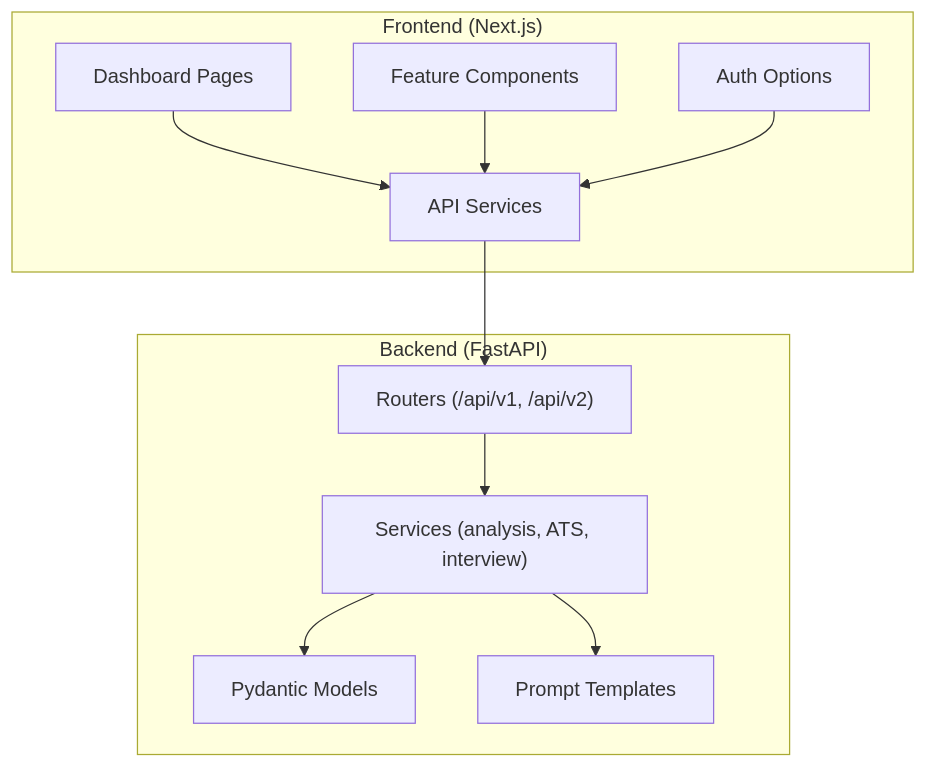
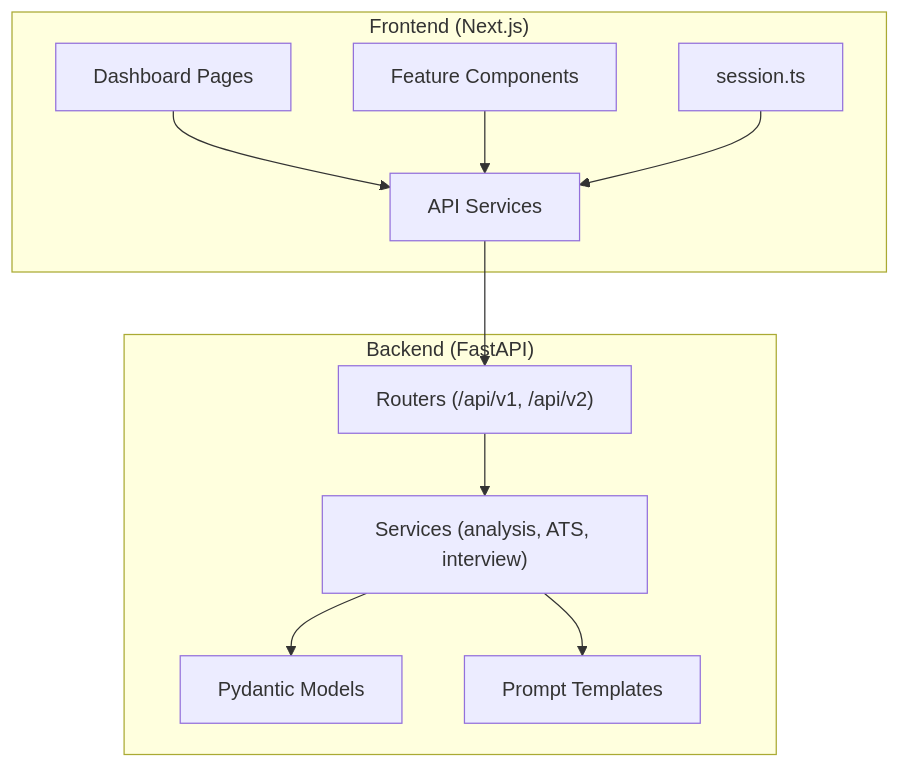
One commit to tashifkhan/tashif.codes changed the first of 8 diagrams in src/data/docs/talentsync/Feature Implementation/Feature Implementation.md. Above: the diagram before and after it, drawn with Mermaid. The commit also changed other lines of this file and 2128 other files, not shown here.

First line of the commit message:
docs: replace raster diagram images with native Mermaid across project guides

````diff
--- a/src/data/docs/talentsync/Feature Implementation/Feature Implementation.md
+++ b/src/data/docs/talentsync/Feature Implementation/Feature Implementation.md
@@ -21,22 +20,22 @@
 ```mermaid
 graph TB
 subgraph "Frontend (Next.js)"
 FE_Dashboard["Dashboard Pages"]
 FE_Components["Feature Components"]
 FE_Services["API Services"]
-FE_Auth["Auth Options"]
+FE_Auth["session.ts"]
 end
 subgraph "Backend (FastAPI)"
 BE_Routers["Routers (/api/v1, /api/v2)"]
 BE_Services["Services (analysis, ATS, interview)"]
 BE_Models["Pydantic Models"]
 BE_Prompts["Prompt Templates"]
 end
 FE_Dashboard --> FE_Services
 FE_Components --> FE_Services
 FE_Services --> BE_Routers
 BE_Routers --> BE_Services
 BE_Services --> BE_Models
 BE_Services --> BE_Prompts
 FE_Auth --> FE_Services
 ```
````
